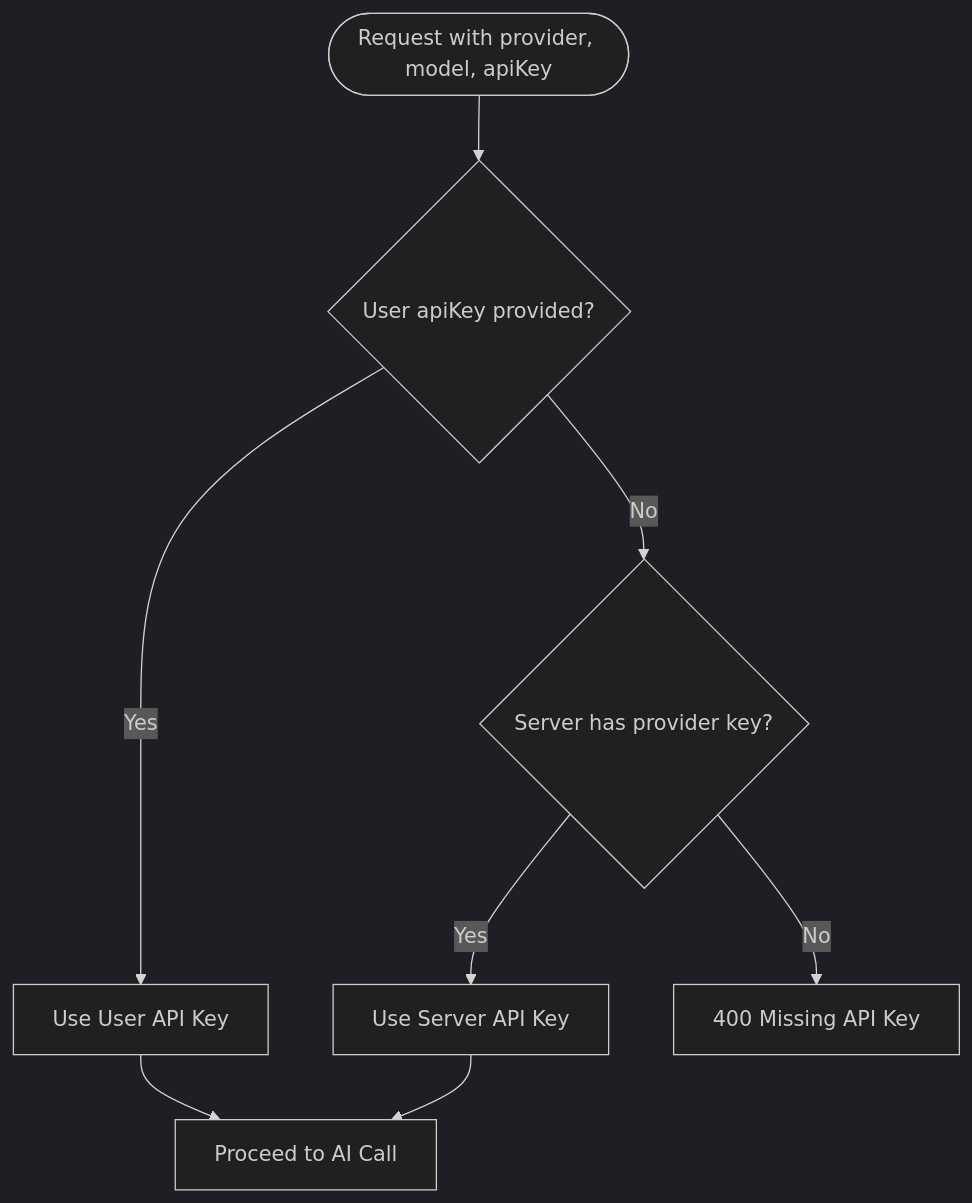
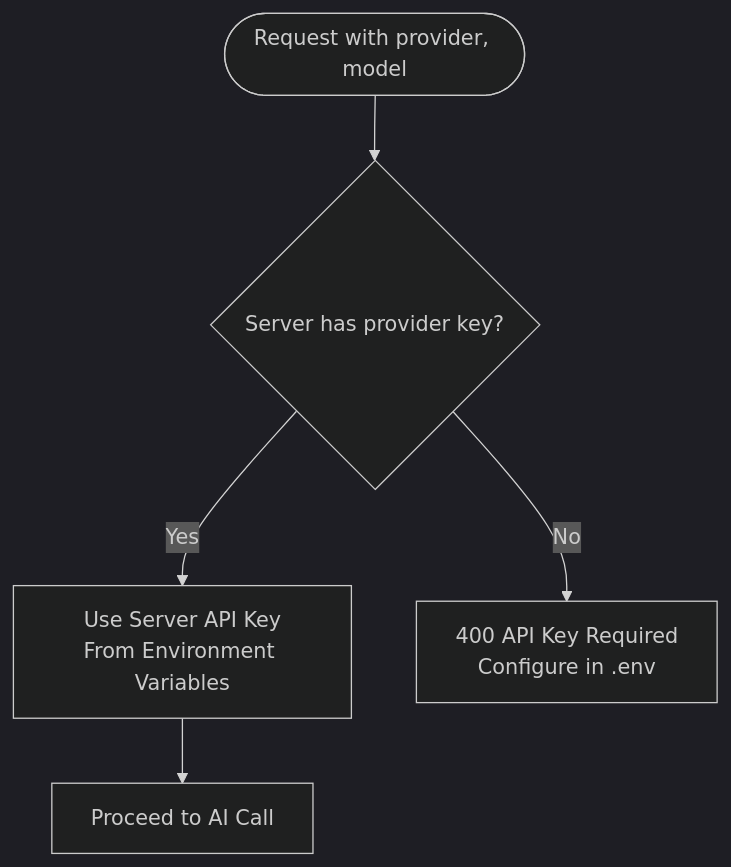
One commit to RunTimeAdmin/tri-ai changed the fifth of 8 diagrams in .qoder/repowiki/en/content/System Architecture/Security Architecture.md. Above: the diagram before and after it, drawn with Mermaid (dark theme). The commit also changed other lines of this file and 21 other files, not shown here.

````diff
--- a/.qoder/repowiki/en/content/System Architecture/Security Architecture.md
+++ b/.qoder/repowiki/en/content/System Architecture/Security Architecture.md
@@ -220,10 +239,7 @@
 ```mermaid
 flowchart TD
-Start(["Request with provider, model, apiKey"]) --> CheckUserKey{"User apiKey provided?"}
-CheckUserKey --> |Yes| UseUser["Use User API Key"]
-CheckUserKey --> |No| CheckServerKey{"Server has provider key?"}
-CheckServerKey --> |Yes| UseServer["Use Server API Key"]
-CheckServerKey --> |No| Error["400 Missing API Key"]
-UseUser --> Proceed["Proceed to AI Call"]
-UseServer --> Proceed
+Start(["Request with provider, model"]) --> CheckServerKey{"Server has provider key?"}
+CheckServerKey --> |Yes| UseServer["Use Server API Key<br/>From Environment Variables"]
+CheckServerKey --> |No| Error["400 API Key Required<br/>Configure in .env"]
+UseServer --> Proceed["Proceed to AI Call"]
 ```
````
